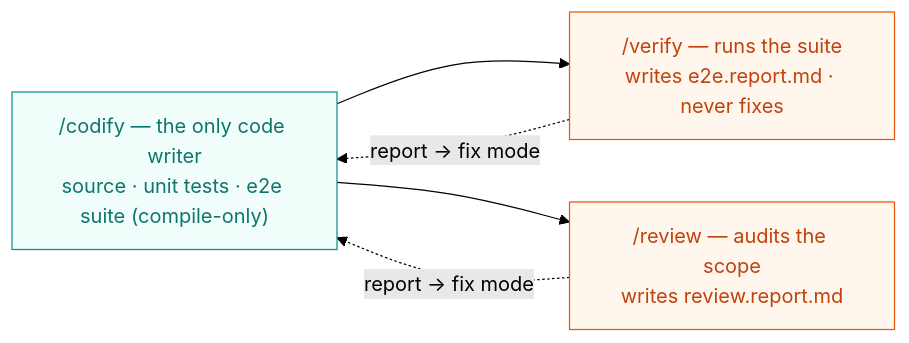
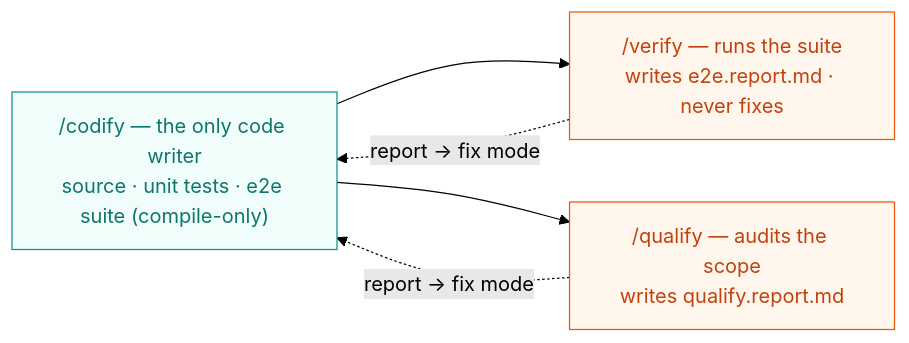
The second of 10 diagrams in docs/AIDD.workflow.md (AIDDbot/AIDDbot), drawn with Mermaid (forest theme) before and after one commit. The commit also changed other lines of this file and 28 other files, not shown here.

````diff
--- a/docs/AIDD.workflow.md
+++ b/docs/AIDD.workflow.md
@@ -37,14 +37,14 @@
 ```mermaid
 flowchart LR
   classDef wr fill:#f0fdfa,stroke:#0d9488,color:#0f766e
   classDef ev fill:#fff7ed,stroke:#ea580c,color:#c2410c
 
   COD["/codify — the only code writer<br/>source · unit tests · e2e suite (compile-only)"]:::wr
   VER["/verify — runs the suite<br/>writes e2e.report.md · never fixes"]:::ev
-  REV["/review — audits the scope<br/>writes review.report.md"]:::ev
+  REV["/qualify — audits the scope<br/>writes qualify.report.md"]:::ev
 
   COD --> VER
   COD --> REV
   VER -.report → fix mode.-> COD
   REV -.report → fix mode.-> COD
 ```
````
